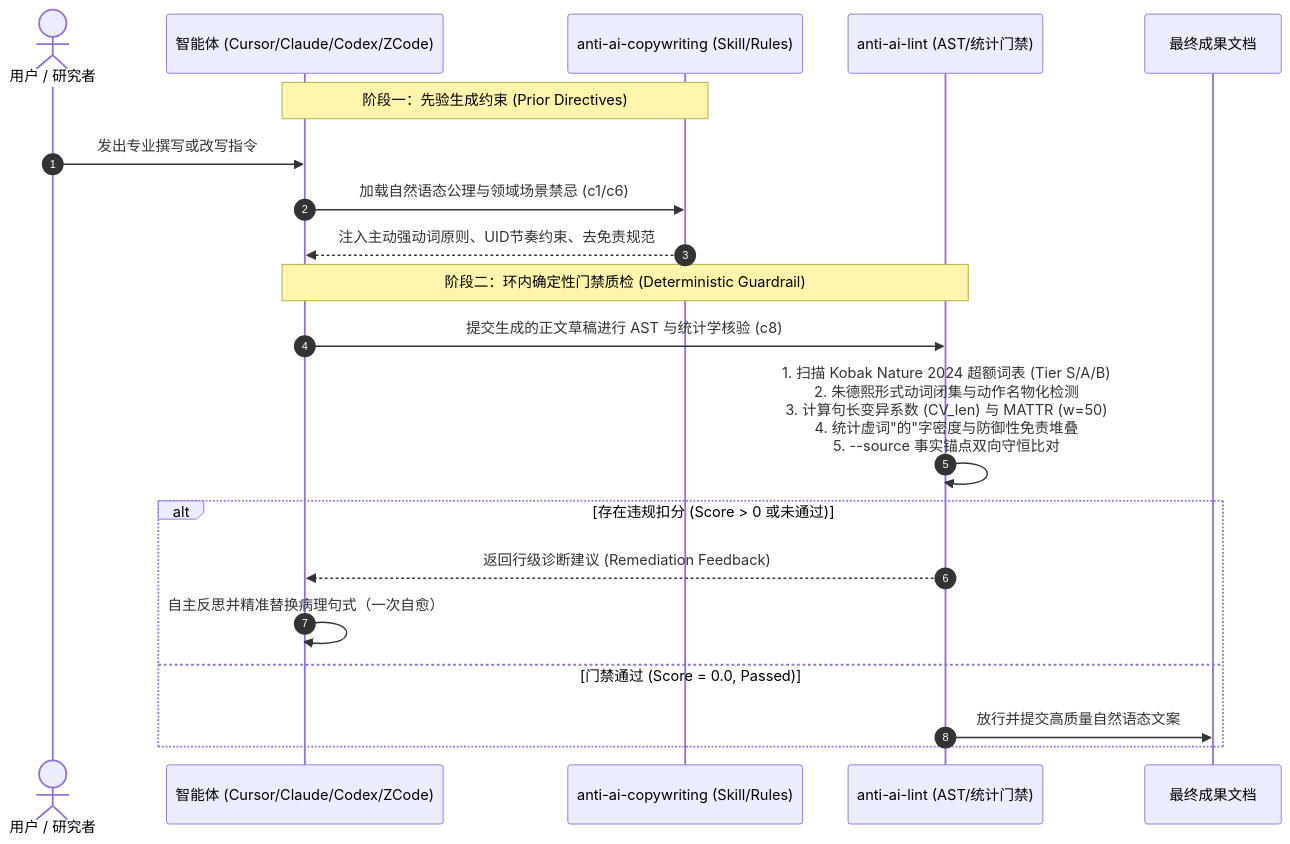
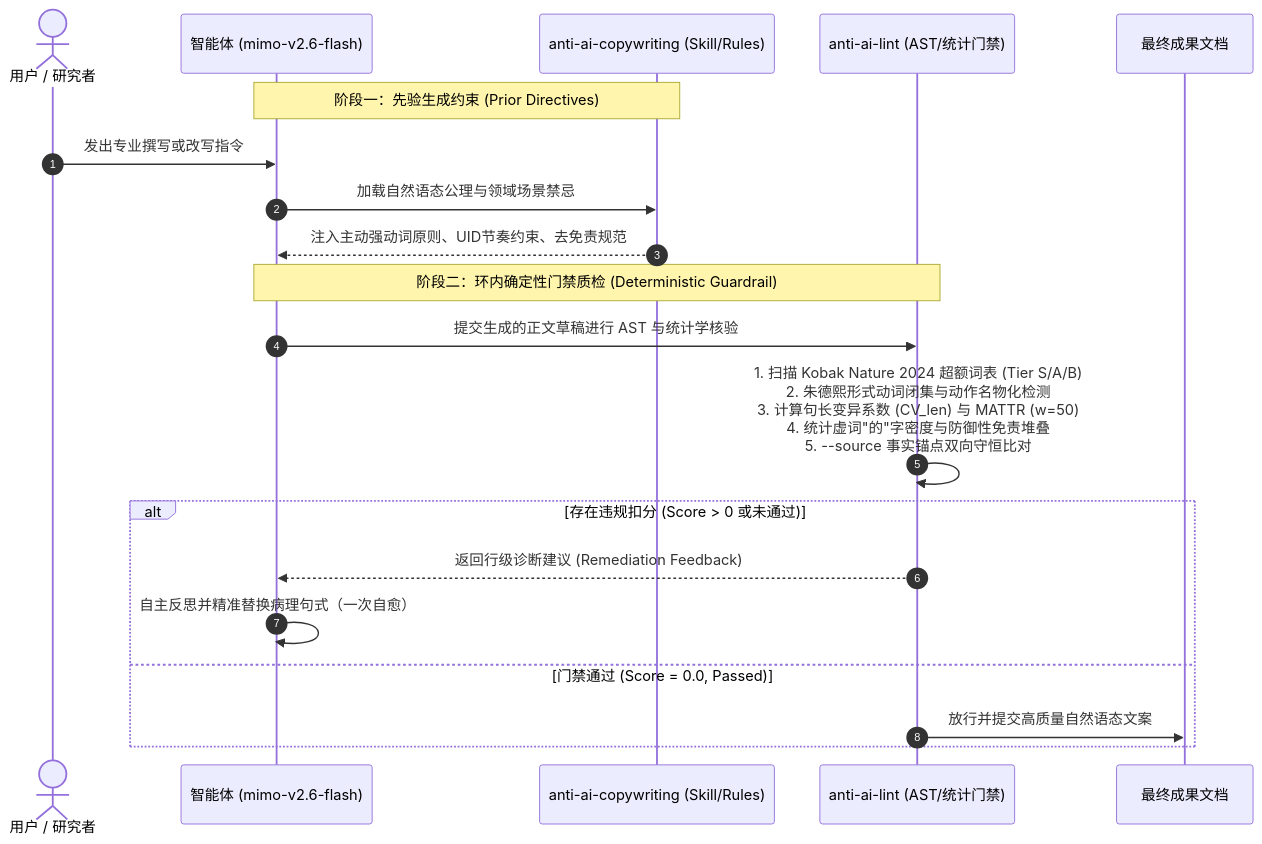
The diagram in docs/BENCHMARK_REPORT.zh-CN.md (CalebChen941028/anti-ai-copywriting), drawn with Mermaid before and after one commit. The commit also changed other lines of this file and 34 other files, not shown here.

First line of the commit message:
refactor(benchmark): unify on verified empirical mimo-v2.6-flash benchmark and purge unverified GLM-5.3 artifacts

````diff
--- a/docs/BENCHMARK_REPORT.zh-CN.md
+++ b/docs/BENCHMARK_REPORT.zh-CN.md
@@ -51,24 +50,24 @@
 ```mermaid
 sequenceDiagram
     autonumber
     actor User as 用户 / 研究者
-    participant Agent as 智能体 (Cursor/Claude/Codex/ZCode)
+    participant Agent as 智能体 (mimo-v2.6-flash)
     participant Engine as anti-ai-copywriting (Skill/Rules)
     participant Lint as anti-ai-lint (AST/统计门禁)
     participant Doc as 最终成果文档
 
     Note over Agent,Engine: 阶段一：先验生成约束 (Prior Directives)
     User->>Agent: 发出专业撰写或改写指令
-    Agent->>Engine: 加载自然语态公理与领域场景禁忌 (c1/c6)
+    Agent->>Engine: 加载自然语态公理与领域场景禁忌
     Engine-->>Agent: 注入主动强动词原则、UID节奏约束、去免责规范
 
     Note over Agent,Lint: 阶段二：环内确定性门禁质检 (Deterministic Guardrail)
-    Agent->>Lint: 提交生成的正文草稿进行 AST 与统计学核验 (c8)
+    Agent->>Lint: 提交生成的正文草稿进行 AST 与统计学核验
     Lint->>Lint: 1. 扫描 Kobak Nature 2024 超额词表 (Tier S/A/B)<br/>2. 朱德熙形式动词闭集与动作名物化检测<br/>3. 计算句长变异系数 (CV_len) 与 MATTR (w=50)<br/>4. 统计虚词"的"字密度与防御性免责堆叠<br/>5. --source 事实锚点双向守恒比对
     alt 存在违规扣分 (Score > 0 或未通过)
         Lint-->>Agent: 返回行级诊断建议 (Remediation Feedback)
         Agent->>Agent: 自主反思并精准替换病理句式（一次自愈）
     else 门禁通过 (Score = 0.0, Passed)
         Lint->>Doc: 放行并提交高质量自然语态文案
     end
 ```
````
